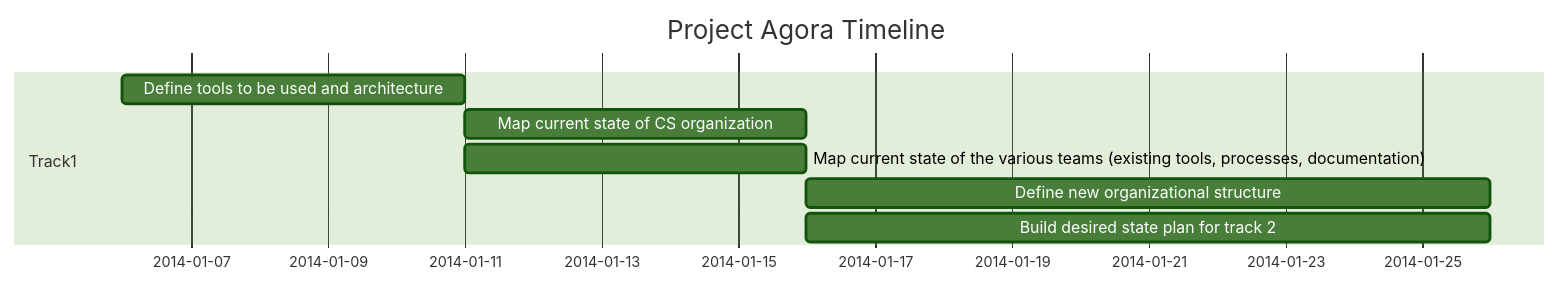
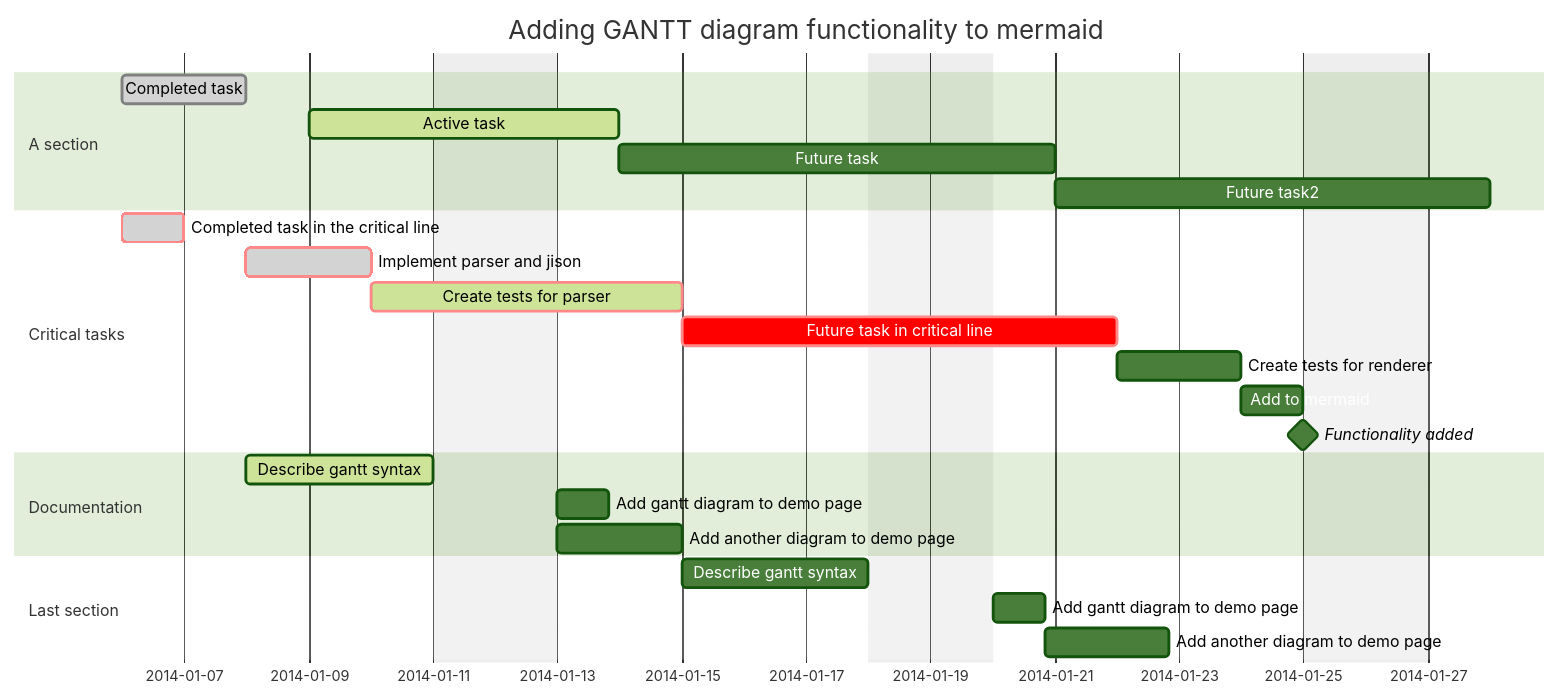
One commit to jc-fenelon/hello-world-template changed the diagram in README.md. Above: the diagram before and after it, drawn with Mermaid (forest theme).

````diff
--- a/README.md
+++ b/README.md
@@ -21,12 +21,32 @@
 ```mermaid
-        gantt
-        dateFormat  YYYY-MM-DD
-        title Project Agora Timeline
+    gantt
+    dateFormat  YYYY-MM-DD
+    title       Adding GANTT diagram functionality to mermaid
+    excludes    weekends
+    %% (`excludes` accepts specific dates in YYYY-MM-DD format, days of the week ("sunday") or "weekends", but not the word "weekdays".)
 
-        section Track1
-        Define tools to be used and architecture            :   des1, 2014-01-06, 5d
-        Map current state of CS organization               :    des2, after des1, 5d
-        Map current state of the various teams (existing tools, processes, documentation)               :  des3, after des1, 5d
-        Define new organizational structure              :      des4, after des2 des3, 10d
-        Build desired state plan for track 2             :      des5, after des3, 10d      
+    section A section
+    Completed task            :done,    des1, 2014-01-06,2014-01-08
+    Active task               :active,  des2, 2014-01-09, 3d
+    Future task               :         des3, after des2, 5d
+    Future task2              :         des4, after des3, 5d
+
+    section Critical tasks
+    Completed task in the critical line :crit, done, 2014-01-06,24h
+    Implement parser and jison          :crit, done, after des1, 2d
+    Create tests for parser             :crit, active, 3d
+    Future task in critical line        :crit, 5d
+    Create tests for renderer           :2d
+    Add to mermaid                      :1d
+    Functionality added                 :milestone, 2014-01-25, 0d
+
+    section Documentation
+    Describe gantt syntax               :active, a1, after des1, 3d
+    Add gantt diagram to demo page      :after a1  , 20h
+    Add another diagram to demo page    :doc1, after a1  , 48h
+
+    section Last section
+    Describe gantt syntax               :after doc1, 3d
+    Add gantt diagram to demo page      :20h
+    Add another diagram to demo page    :48h 
 ```
````
